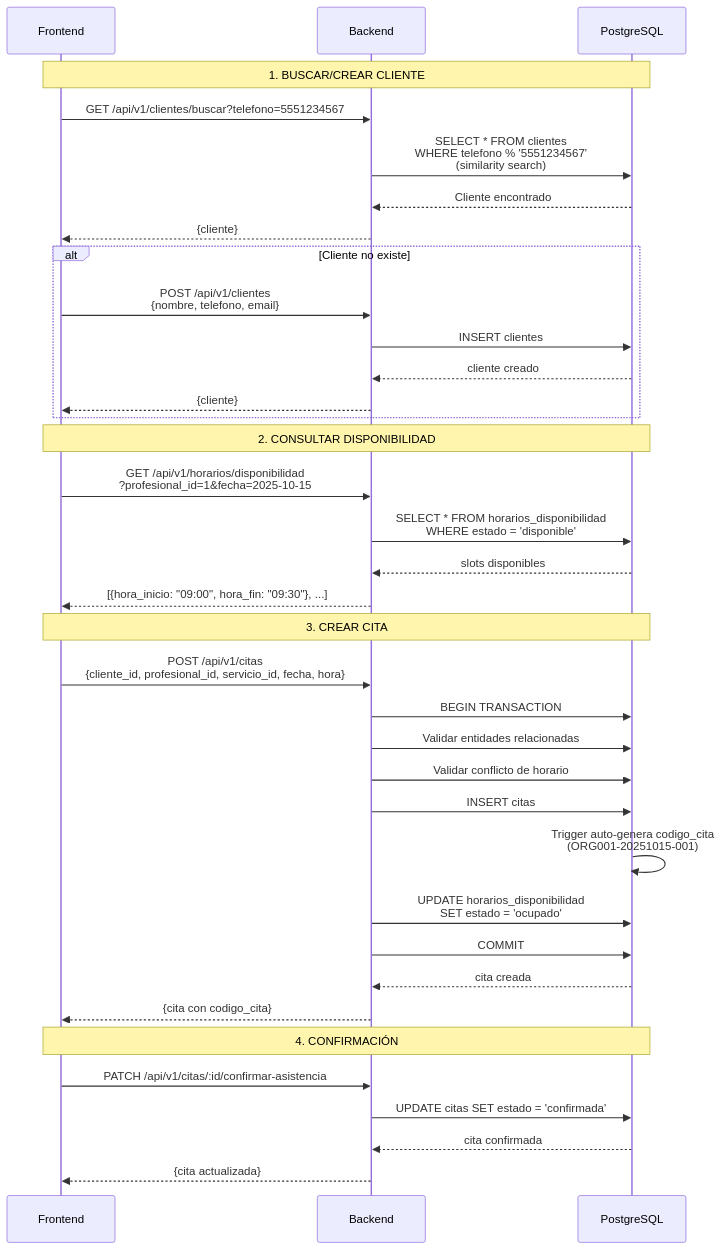
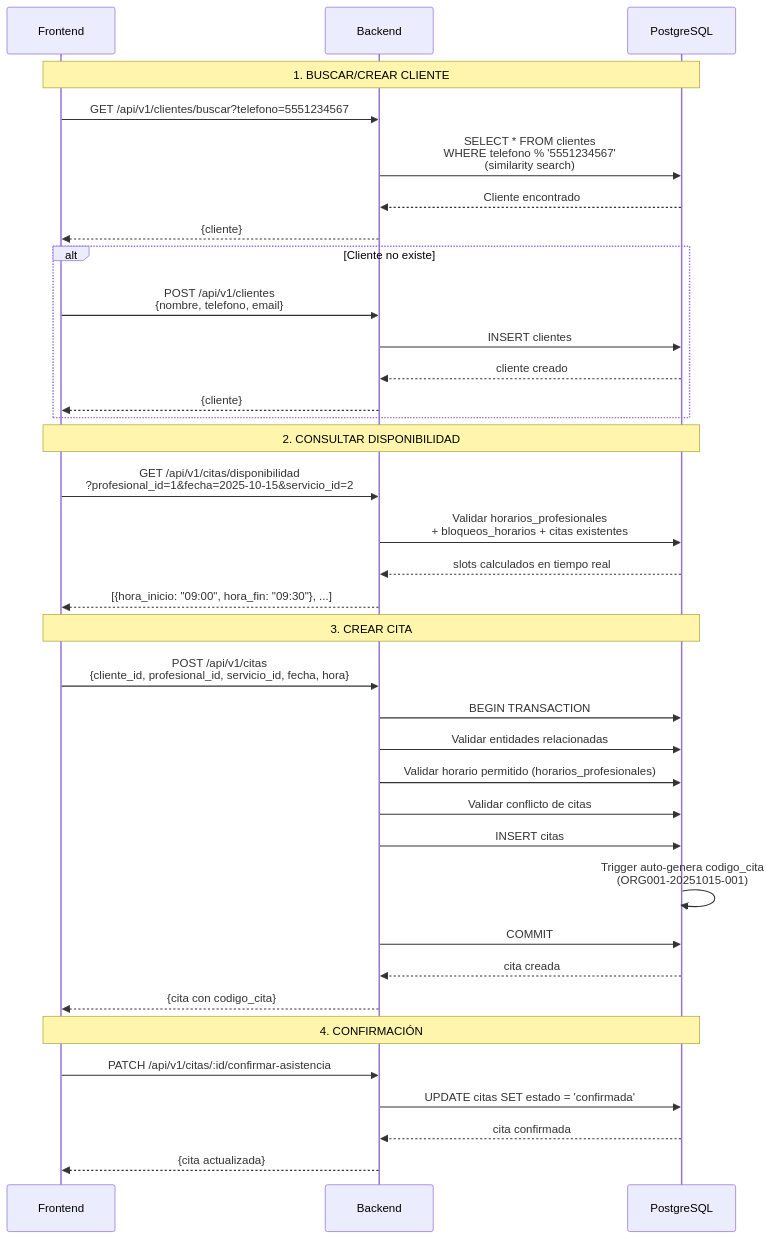
Before and after one commit to KikeTorillo/n8nAutomatizaciones: the fifth of 8 diagrams in backend/README.md, drawn with Mermaid. The commit also changed other lines of this file and 47 other files, not shown here.

````diff
--- a/backend/README.md
+++ b/backend/README.md
@@ -406,43 +404,43 @@
 ```mermaid
 sequenceDiagram
     participant F as Frontend
     participant B as Backend
     participant DB as PostgreSQL
 
     Note over F,DB: 1. BUSCAR/CREAR CLIENTE
     F->>B: GET /api/v1/clientes/buscar?telefono=5551234567
     B->>DB: SELECT * FROM clientes<br/>WHERE telefono % '5551234567'<br/>(similarity search)
     DB-->>B: Cliente encontrado
     B-->>F: {cliente}
 
     alt Cliente no existe
         F->>B: POST /api/v1/clientes<br/>{nombre, telefono, email}
         B->>DB: INSERT clientes
         DB-->>B: cliente creado
         B-->>F: {cliente}
     end
 
     Note over F,DB: 2. CONSULTAR DISPONIBILIDAD
-    F->>B: GET /api/v1/horarios/disponibilidad<br/>?profesional_id=1&fecha=2025-10-15
-    B->>DB: SELECT * FROM horarios_disponibilidad<br/>WHERE estado = 'disponible'
-    DB-->>B: slots disponibles
+    F->>B: GET /api/v1/citas/disponibilidad<br/>?profesional_id=1&fecha=2025-10-15&servicio_id=2
+    B->>DB: Validar horarios_profesionales<br/>+ bloqueos_horarios + citas existentes
+    DB-->>B: slots calculados en tiempo real
     B-->>F: [{hora_inicio: "09:00", hora_fin: "09:30"}, ...]
 
     Note over F,DB: 3. CREAR CITA
     F->>B: POST /api/v1/citas<br/>{cliente_id, profesional_id, servicio_id, fecha, hora}
     B->>DB: BEGIN TRANSACTION
     B->>DB: Validar entidades relacionadas
-    B->>DB: Validar conflicto de horario
+    B->>DB: Validar horario permitido (horarios_profesionales)
+    B->>DB: Validar conflicto de citas
     B->>DB: INSERT citas
     DB->>DB: Trigger auto-genera codigo_cita<br/>(ORG001-20251015-001)
-    B->>DB: UPDATE horarios_disponibilidad<br/>SET estado = 'ocupado'
     B->>DB: COMMIT
     DB-->>B: cita creada
     B-->>F: {cita con codigo_cita}
 
     Note over F,DB: 4. CONFIRMACIÓN
     F->>B: PATCH /api/v1/citas/:id/confirmar-asistencia
     B->>DB: UPDATE citas SET estado = 'confirmada'
     DB-->>B: cita confirmada
     B-->>F: {cita actualizada}
 ```
````
